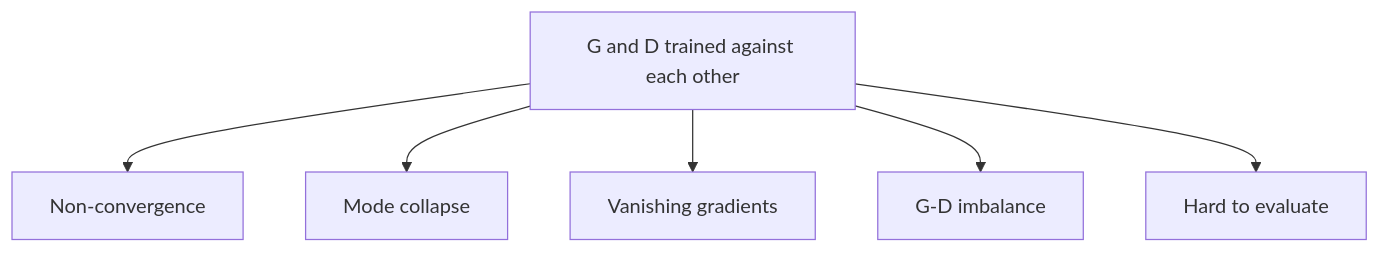
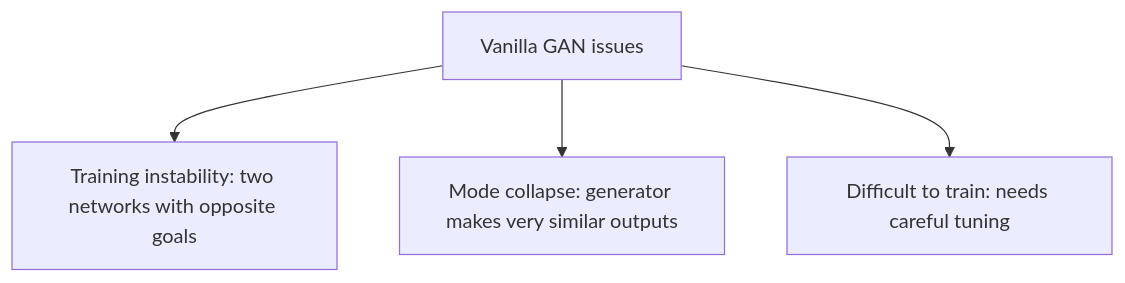
The diagram in content/deep-learning/pyq/2024-05/q4b.mdx (TrendySloth1001/sem-seven-notes), drawn with Mermaid before and after one commit. The commit also changed other lines of this file and 168 other files, not shown here.

````diff
--- a/content/deep-learning/pyq/2024-05/q4b.mdx
+++ b/content/deep-learning/pyq/2024-05/q4b.mdx
@@ -13,9 +7,7 @@
 ```mermaid
-%% caption: Five issues grow from one root: two networks trained against each other. Low quality and no control come from the design instead.
+%% caption: The three issues of a vanilla GAN, as in the class.
 flowchart TD
-  R["G and D trained against each other"] --> A["Non-convergence"]
-  R --> B["Mode collapse"]
-  R --> C["Vanishing gradients"]
-  R --> E["G-D imbalance"]
-  R --> F["Hard to evaluate"]
+  A["Vanilla GAN issues"] --> B["Training instability: two networks with opposite goals"]
+  A --> C["Mode collapse: generator makes very similar outputs"]
+  A --> D["Difficult to train: needs careful tuning"]
 ```
````
